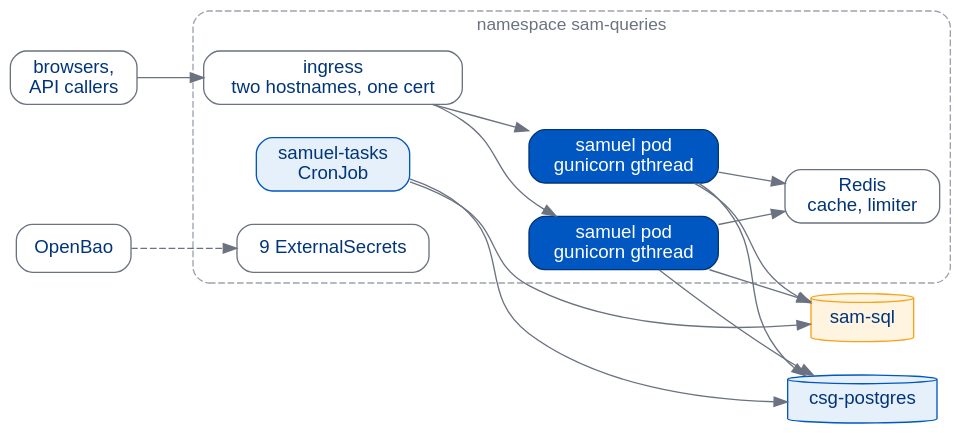
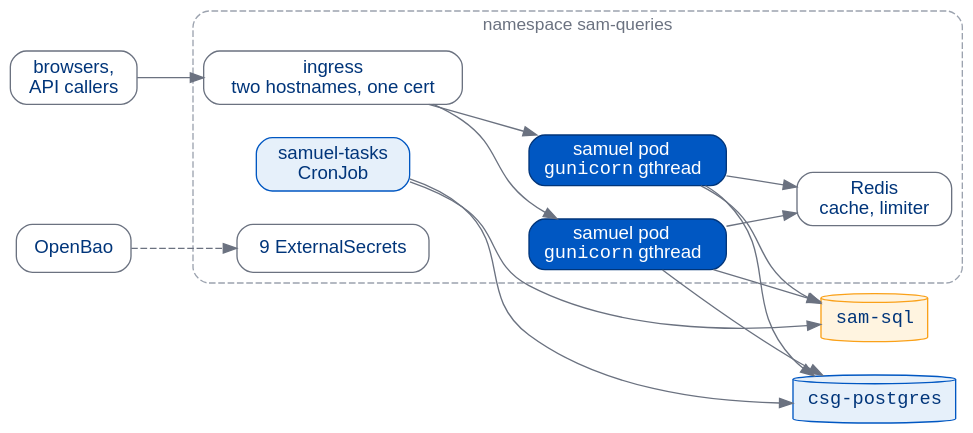
The fourth of 4 diagrams in docs/presentations/samuel/_5-deployment.qmd (benkirk/sam-queries), drawn with Graphviz before and after one commit. The commit also changed other lines of this file and 63 other files, not shown here.

````diff
--- a/docs/presentations/samuel/_5-deployment.qmd
+++ b/docs/presentations/samuel/_5-deployment.qmd
@@ -280,31 +299,31 @@
 ```{dot}
 //| fig-width: 10
 digraph Namespace {
   graph [rankdir=LR, nodesep=0.35, ranksep=0.7, bgcolor="transparent", fontname="Helvetica",
          fontsize=13, fontcolor="#6B7280"];
   node  [shape=box, style="rounded,filled", fontname="Helvetica", fontsize=14,
          fillcolor="#FFFFFF", color="#6B7280", fontcolor="#00357A", margin="0.15,0.07"];
   edge  [fontname="Helvetica", fontsize=12, color="#6B7280", fontcolor="#6B7280"];
   users [label="browsers,\nAPI callers"];
   bao   [label="OpenBao"];
   subgraph cluster_ns {
     label="namespace sam-queries"; style="rounded,dashed"; color="#9CA3AF";
     ing   [label="ingress\ntwo hostnames, one cert"];
-    pod1  [label="samuel pod\ngunicorn gthread", fillcolor="#0057C2", color="#00357A",
+    pod1  [label=<samuel pod<BR/><FONT FACE="Courier">gunicorn</FONT>&#160;gthread>, fillcolor="#0057C2", color="#00357A",
            fontcolor="#FFFFFF"];
-    pod2  [label="samuel pod\ngunicorn gthread", fillcolor="#0057C2", color="#00357A",
+    pod2  [label=<samuel pod<BR/><FONT FACE="Courier">gunicorn</FONT>&#160;gthread>, fillcolor="#0057C2", color="#00357A",
            fontcolor="#FFFFFF"];
     redis [label="Redis\ncache, limiter"];
     cron  [label="samuel-tasks\nCronJob", fillcolor="#E6F0FA", color="#0057C2"];
     es    [label="9 ExternalSecrets"];
   }
-  sql [label="sam-sql", shape=cylinder, fillcolor="#FFF4E0", color="#FAA119"];
-  pg  [label="csg-postgres", shape=cylinder, fillcolor="#E6F0FA", color="#0057C2"];
+  sql [label=<<FONT FACE="Courier">sam-sql</FONT>>, shape=cylinder, fillcolor="#FFF4E0", color="#FAA119"];
+  pg  [label=<<FONT FACE="Courier">csg-postgres</FONT>>, shape=cylinder, fillcolor="#E6F0FA", color="#0057C2"];
   users -> ing;
   ing -> {pod1 pod2};
   {pod1 pod2} -> redis;
   {pod1 pod2 cron} -> sql;
   {pod1 pod2 cron} -> pg;
   bao -> es [style=dashed];
 }
 ```
````
